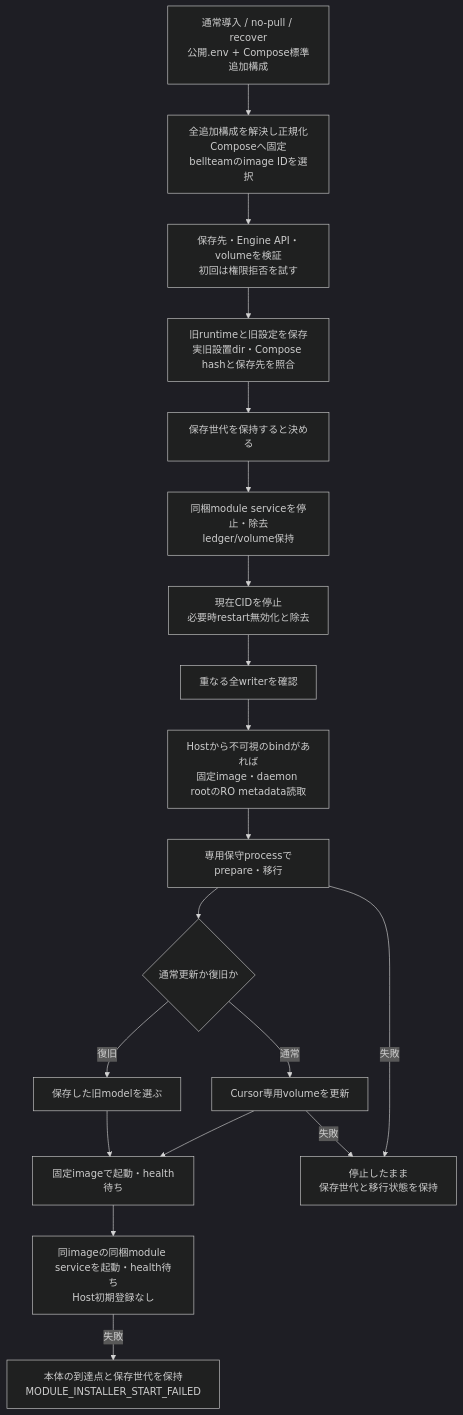
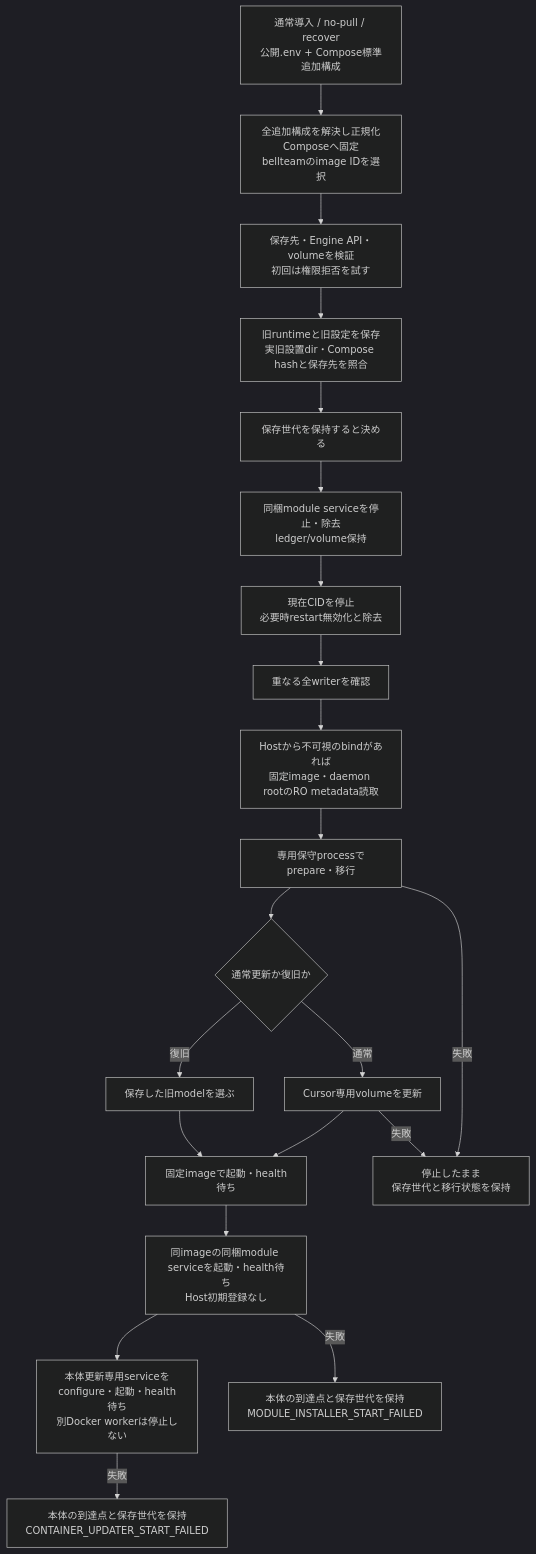
The first of 4 diagrams in docs/architecture/modules/runtime/recovery.md (kitepon/BellTeam), drawn with Mermaid (dark theme) before and after one commit. The commit also changed other lines of this file and 22 other files, not shown here.

Commit message:
Integrate bundled container updater source 44c3edef

````diff
--- a/docs/architecture/modules/runtime/recovery.md
+++ b/docs/architecture/modules/runtime/recovery.md
@@ -9,21 +9,23 @@
 ```mermaid
 flowchart TD
   Input["通常導入 / no-pull / recover<br/>公開.env + Compose標準追加構成"] --> Freeze["全追加構成を解決し正規化Composeへ固定<br/>bellteamのimage IDを選択"]
   Freeze --> Storage["保存先・Engine API・volumeを検証<br/>初回は権限拒否を試す"]
   Storage --> Previous["旧runtimeと旧設定を保存<br/>実旧設置dir・Compose hashと保存先を照合"]
   Previous --> Keep["保存世代を保持すると決める"]
   Keep --> BackendStop["同梱module serviceを停止・除去<br/>ledger/volume保持"]
   BackendStop --> Stop["現在CIDを停止<br/>必要時restart無効化と除去"]
   Stop --> Writers["重なる全writerを確認"]
   Writers --> Paths["Hostから不可視のbindがあれば<br/>固定image・daemon rootのRO metadata読取"]
   Paths --> Maintain["専用保守processでprepare・移行"]
   Maintain --> Mode{"通常更新か復旧か"}
   Mode -->|"通常"| Cursor["Cursor専用volumeを更新"]
   Mode -->|"復旧"| Old["保存した旧modelを選ぶ"]
   Cursor --> Start["固定imageで起動・health待ち"]
   Old --> Start
   Start --> Bundled["同imageの同梱module serviceを起動・health待ち<br/>Host初期登録なし"]
+  Bundled --> ContainerUpdater["本体更新専用serviceをconfigure・起動・health待ち<br/>別Docker workerは停止しない"]
+  ContainerUpdater -->|"失敗"| ContainerHalt["本体の到達点と保存世代を保持<br/>CONTAINER_UPDATER_START_FAILED"]
   Bundled -->|"失敗"| ModuleHalt["本体の到達点と保存世代を保持<br/>MODULE_INSTALLER_START_FAILED"]
   Maintain -->|"失敗"| Halt["停止したまま<br/>保存世代と移行状態を保持"]
   Cursor -->|"失敗"| Halt
 ```
````
